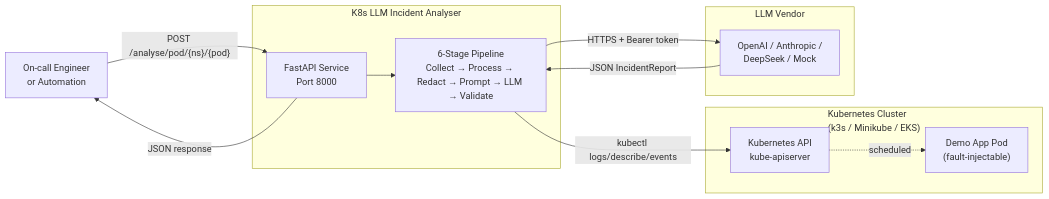
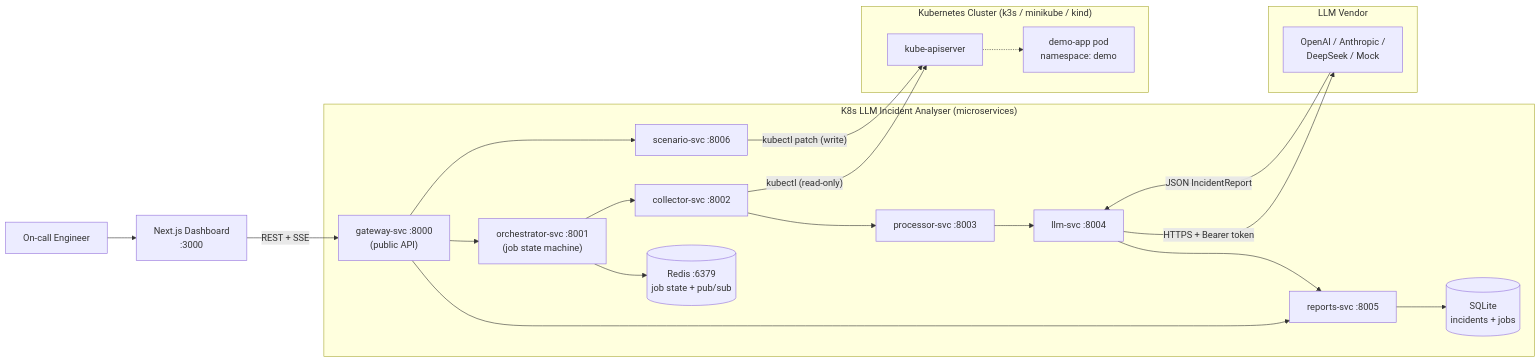
Before and after one commit to 1hirak/k8s-llm-incident-analyser-v2: the first of 18 diagrams in docs/Technical-Documentation.md, drawn with Mermaid. The commit also changed other lines of this file and 3 other files, not shown here.

````diff
--- a/docs/Technical-Documentation.md
+++ b/docs/Technical-Documentation.md
@@ -88,26 +95,40 @@
 ```mermaid
 flowchart LR
-    OnCall["On-call Engineer\nor Automation"]
+    User["On-call Engineer"]
+    Browser["Next.js Dashboard\n:3000"]
 
-    subgraph Analyser["K8s LLM Incident Analyser"]
-        API["FastAPI Service\nPort 8000"]
-        Pipeline["6-Stage Pipeline\nCollect → Process → Redact → Prompt → LLM → Validate"]
+    subgraph Platform["K8s LLM Incident Analyser (microservices)"]
+        GW["gateway-svc :8000\n(public API)"]
+        ORCH["orchestrator-svc :8001\n(job state machine)"]
+        COLL["collector-svc :8002"]
+        PROC["processor-svc :8003"]
+        LLM["llm-svc :8004"]
+        REPO["reports-svc :8005"]
+        SCEN["scenario-svc :8006"]
+        REDIS[("Redis :6379\njob state + pub/sub")]
+        SQLITE[("SQLite\nincidents + jobs")]
     end
 
-    subgraph Cluster["Kubernetes Cluster\n(k3s / Minikube / EKS)"]
-        DemoApp["Demo App Pod\n(fault-injectable)"]
-        K8sAPI["Kubernetes API\nkube-apiserver"]
+    subgraph Cluster["Kubernetes Cluster (k3s / minikube / kind)"]
+        DemoApp["demo-app pod\nnamespace: demo"]
+        K8sAPI["kube-apiserver"]
     end
 
-    subgraph LLM["LLM Vendor"]
+    subgraph Vendor["LLM Vendor"]
         Provider["OpenAI / Anthropic /\nDeepSeek / Mock"]
     end
 
-    OnCall -->|"POST /analyse/pod/{ns}/{pod}"| API
-    API --> Pipeline
-    Pipeline -->|"kubectl logs/describe/events"| K8sAPI
-    K8sAPI -.->|scheduled| DemoApp
-    Pipeline -->|"HTTPS + Bearer token"| Provider
-    Provider -->|"JSON IncidentReport"| Pipeline
-    API -->|"JSON response"| OnCall
+    User --> Browser
+    Browser -->|"REST + SSE"| GW
+    GW --> ORCH
+    GW --> REPO
+    GW --> SCEN
+    ORCH --> COLL --> PROC --> LLM --> REPO
+    ORCH --> REDIS
+    REPO --> SQLITE
+    COLL -->|"kubectl (read-only)"| K8sAPI
+    SCEN -->|"kubectl patch (write)"| K8sAPI
+    K8sAPI -.-> DemoApp
+    LLM -->|"HTTPS + Bearer token"| Provider
+    Provider -->|"JSON IncidentReport"| LLM
 ```
````
